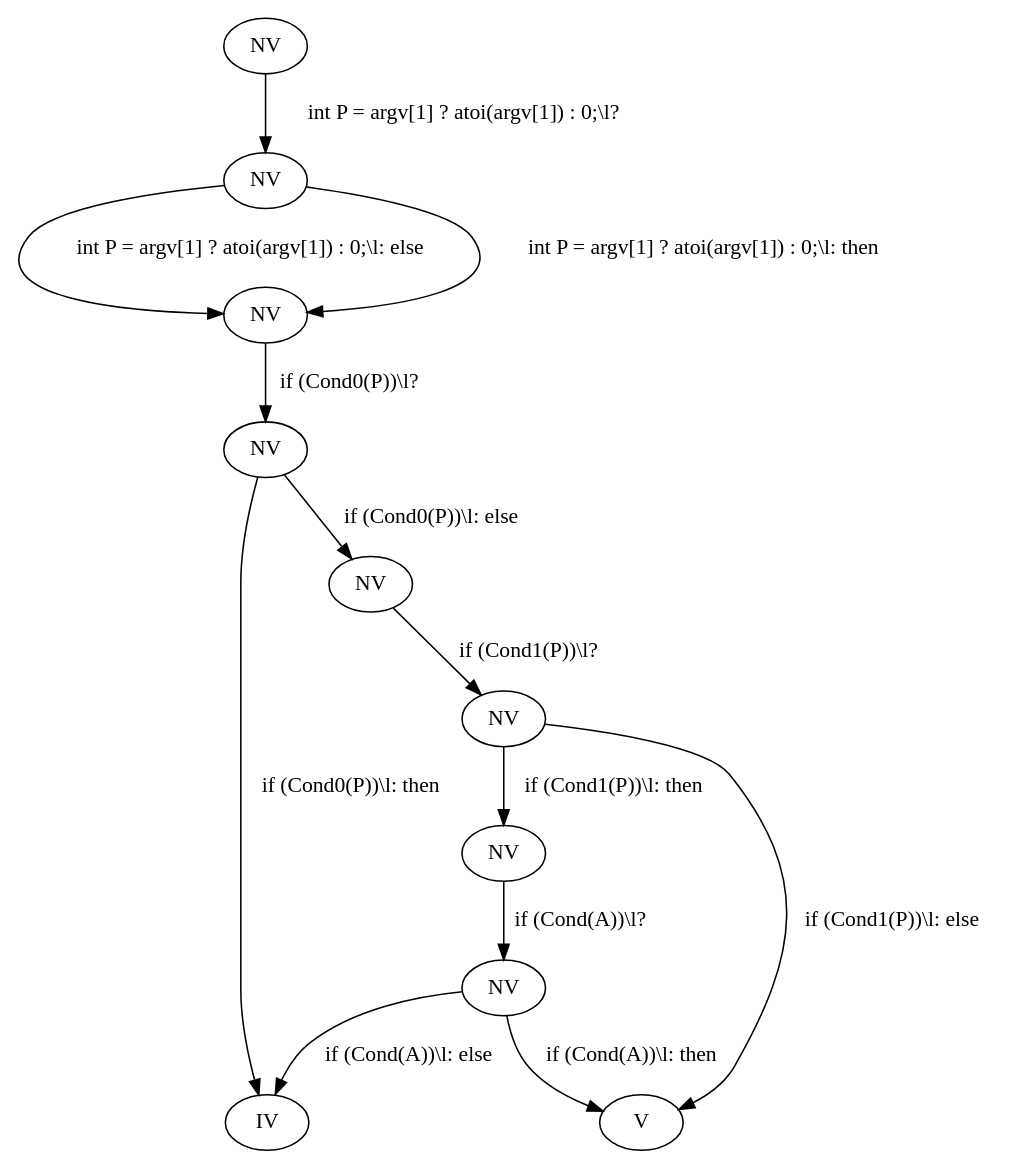
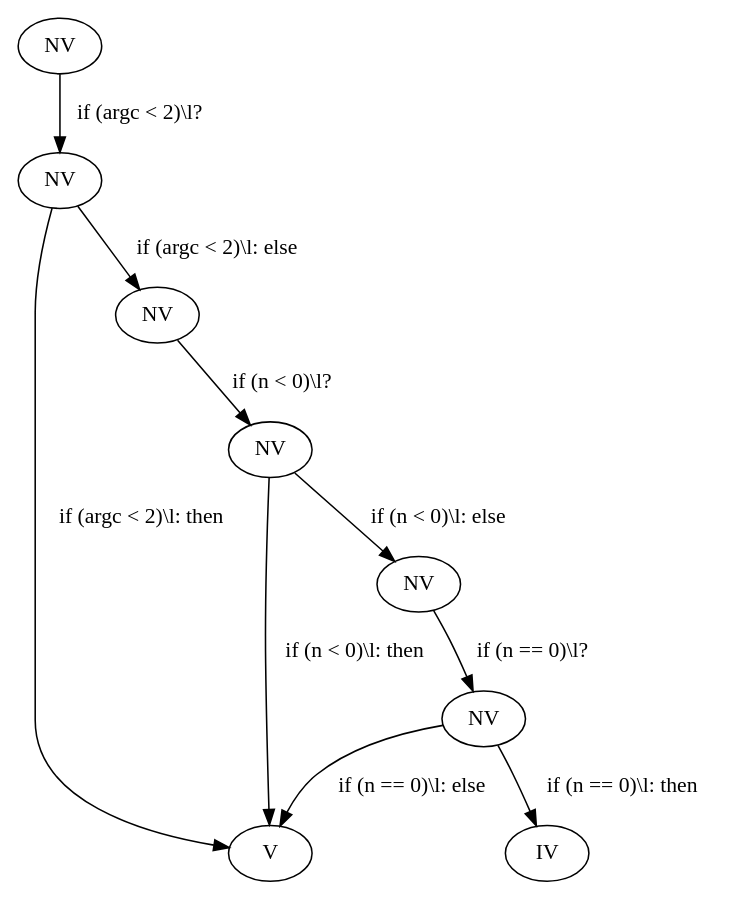
The diagram in llvm/feli/outputs/monitor.dot (FelicitasGarcia/MimicryMonitor), drawn with Graphviz before and after one commit. The commit also changed 46 other files, not shown here.

```diff
--- a/llvm/feli/outputs/monitor.dot
+++ b/llvm/feli/outputs/monitor.dot
@@ -1,25 +1,20 @@
 digraph MM {
-  11 [label="IV"];
-  12 [label="V"];
+  8 [label="V"];
+  9 [label="IV"];
   1 [label="NV"];
   2 [label="NV"];
   3 [label="NV"];
-  4 [label="NV"];
+  5 [label="NV"];
   6 [label="NV"];
   7 [label="NV"];
-  10 [label="NV"];
-  8 [label="NV"];
 
-  1 -> 2 [label="int P = argv[1] ? atoi(argv[1]) : 0;\\l?", id=0];
-  2 -> 3 [label="int P = argv[1] ? atoi(argv[1]) : 0;\\l: else", id=1];
-  2 -> 3 [label="int P = argv[1] ? atoi(argv[1]) : 0;\\l: then", id=2];
-  3 -> 4 [label="if (Cond0(P))\\l?", id=3];
-  4 -> 11 [label="if (Cond0(P))\\l: then", id=4];
-  4 -> 6 [label="if (Cond0(P))\\l: else", id=5];
-  6 -> 7 [label="if (Cond1(P))\\l?", id=6];
-  7 -> 8 [label="if (Cond1(P))\\l: then", id=7];
-  7 -> 12 [label="if (Cond1(P))\\l: else", id=8];
-  8 -> 10 [label="if (Cond(A))\\l?", id=9];
-  10 -> 12 [label="if (Cond(A))\\l: then", id=10];
-  10 -> 11 [label="if (Cond(A))\\l: else", id=11];
+  1 -> 2 [label="if (argc \< 2)\\l?", id=0];
+  2 -> 3 [label="if (argc \< 2)\\l: else", id=1];
+  2 -> 8 [label="if (argc \< 2)\\l: then", id=2];
+  3 -> 5 [label="if (n \< 0)\\l?", id=3];
+  5 -> 6 [label="if (n \< 0)\\l: else", id=4];
+  5 -> 8 [label="if (n \< 0)\\l: then", id=5];
+  6 -> 7 [label="if (n == 0)\\l?", id=6];
+  7 -> 8 [label="if (n == 0)\\l: else", id=7];
+  7 -> 9 [label="if (n == 0)\\l: then", id=8];
 }
```
